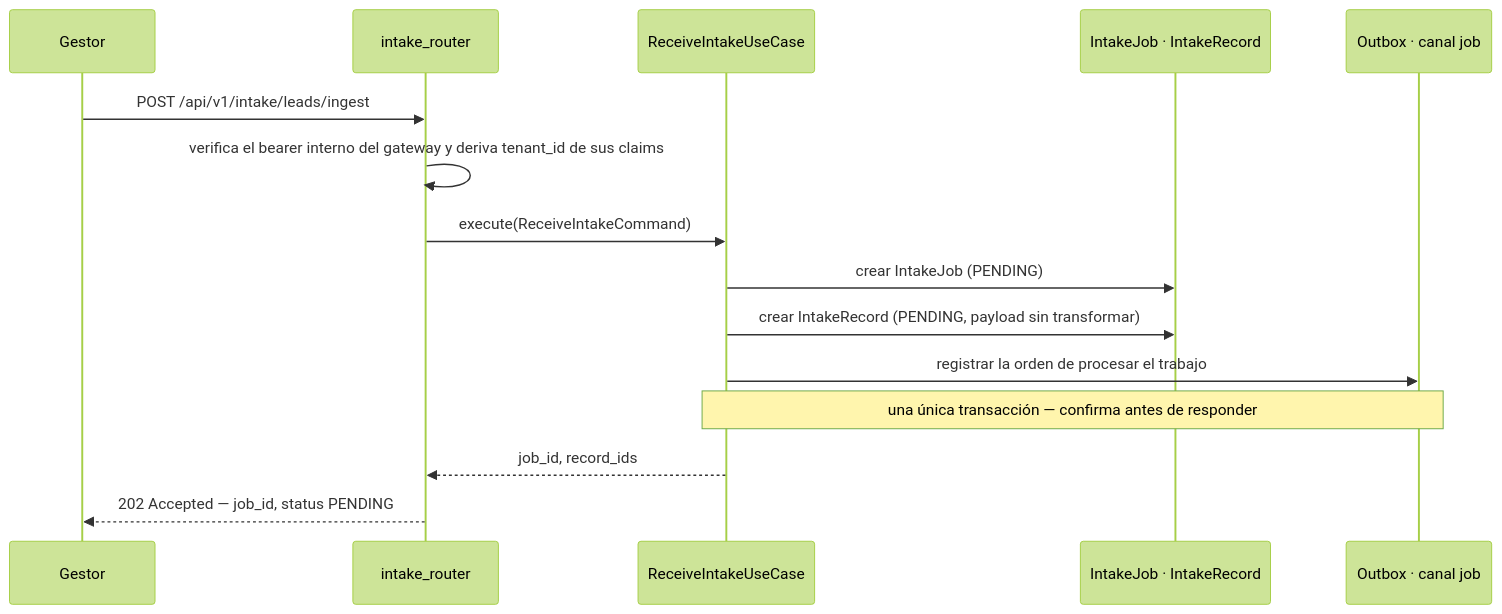
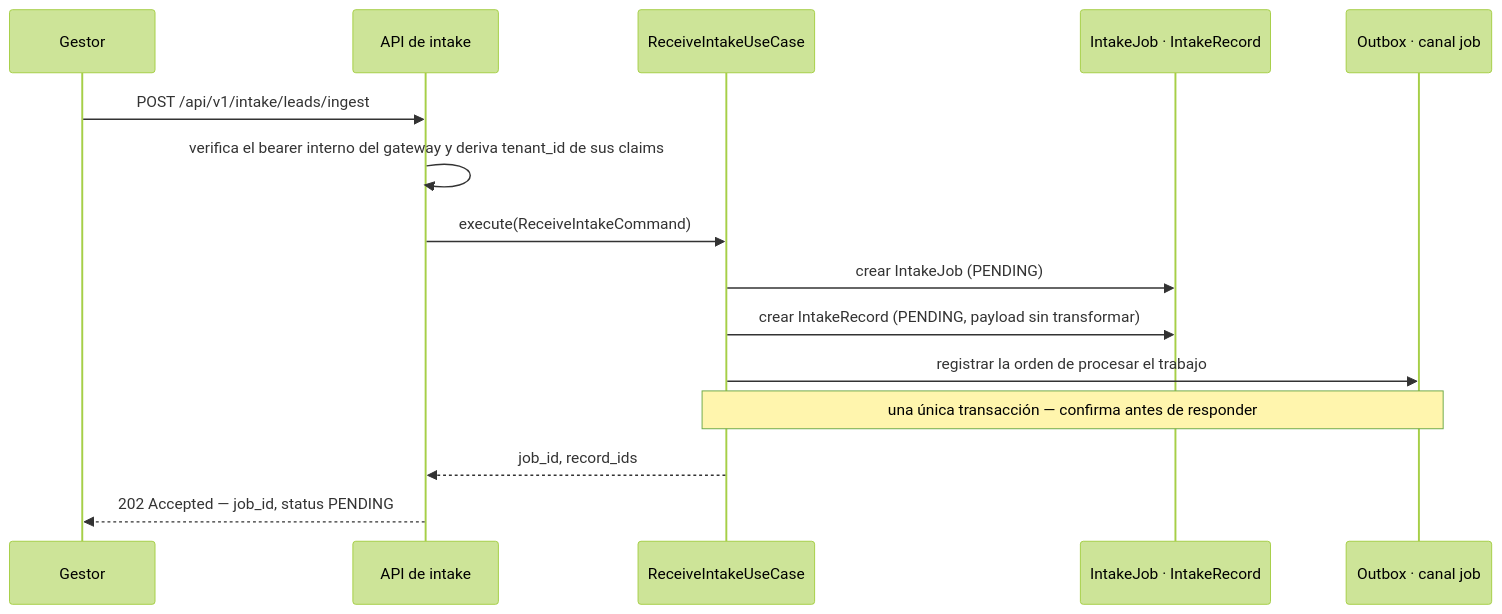
One commit to MDCIrony/leads-hexa changed the first of 2 diagrams in docs/content/arquitectura/recorrido-de-un-lead.md. Above: the diagram before and after it, drawn with Mermaid (forest theme). The commit also changed other lines of this file and 33 other files, not shown here.

````diff
--- a/docs/content/arquitectura/recorrido-de-un-lead.md
+++ b/docs/content/arquitectura/recorrido-de-un-lead.md
@@ -14,18 +14,18 @@
 ```mermaid
 sequenceDiagram
     participant Gestor
-    participant Router as intake_router
+    participant Router as API de intake
     participant Caso as ReceiveIntakeUseCase
     participant BD as IntakeJob · IntakeRecord
     participant Out as Outbox · canal job
 
     Gestor->>Router: POST /api/v1/intake/leads/ingest
     Router->>Router: verifica el bearer interno del gateway y deriva tenant_id de sus claims
     Router->>Caso: execute(ReceiveIntakeCommand)
     Caso->>BD: crear IntakeJob (PENDING)
     Caso->>BD: crear IntakeRecord (PENDING, payload sin transformar)
     Caso->>Out: registrar la orden de procesar el trabajo
     Note over Caso,Out: una única transacción — confirma antes de responder
     Caso-->>Router: job_id, record_ids
     Router-->>Gestor: 202 Accepted — job_id, status PENDING
 ```
````
